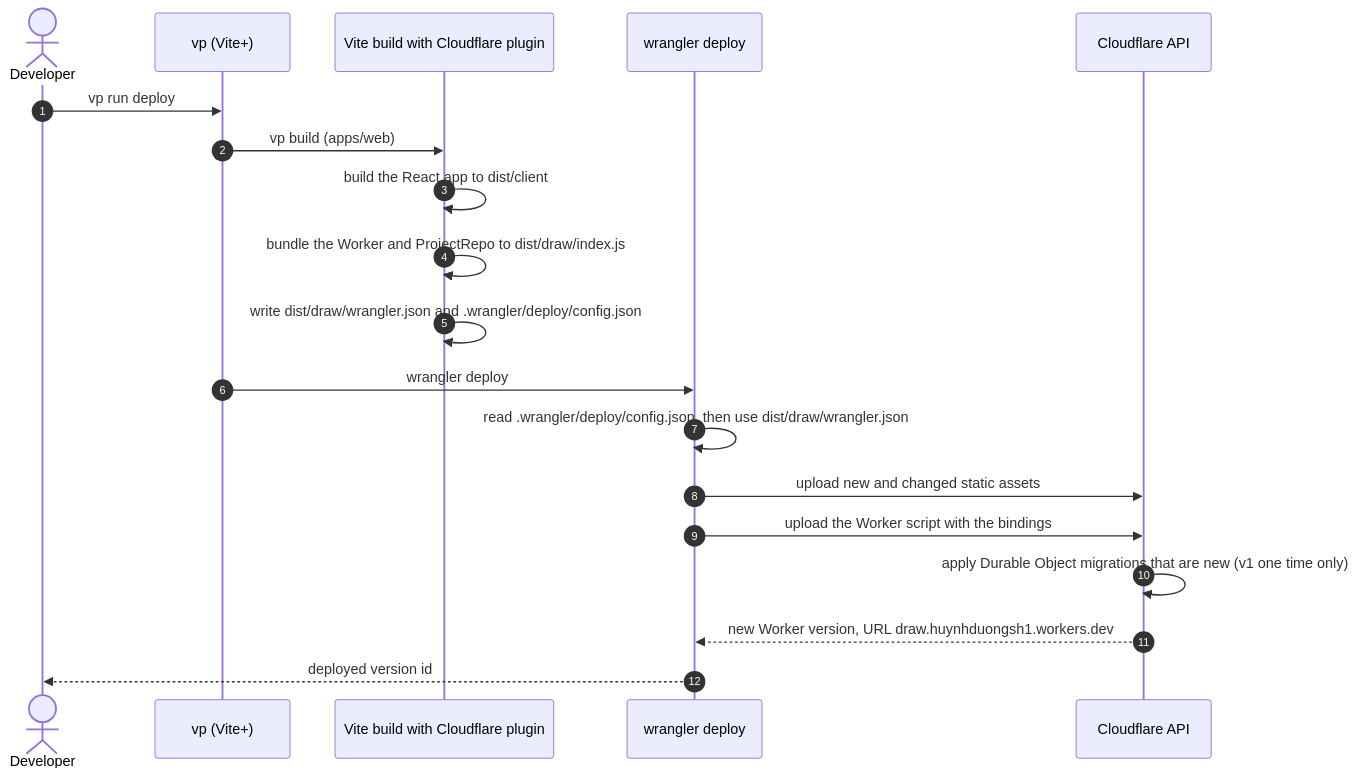
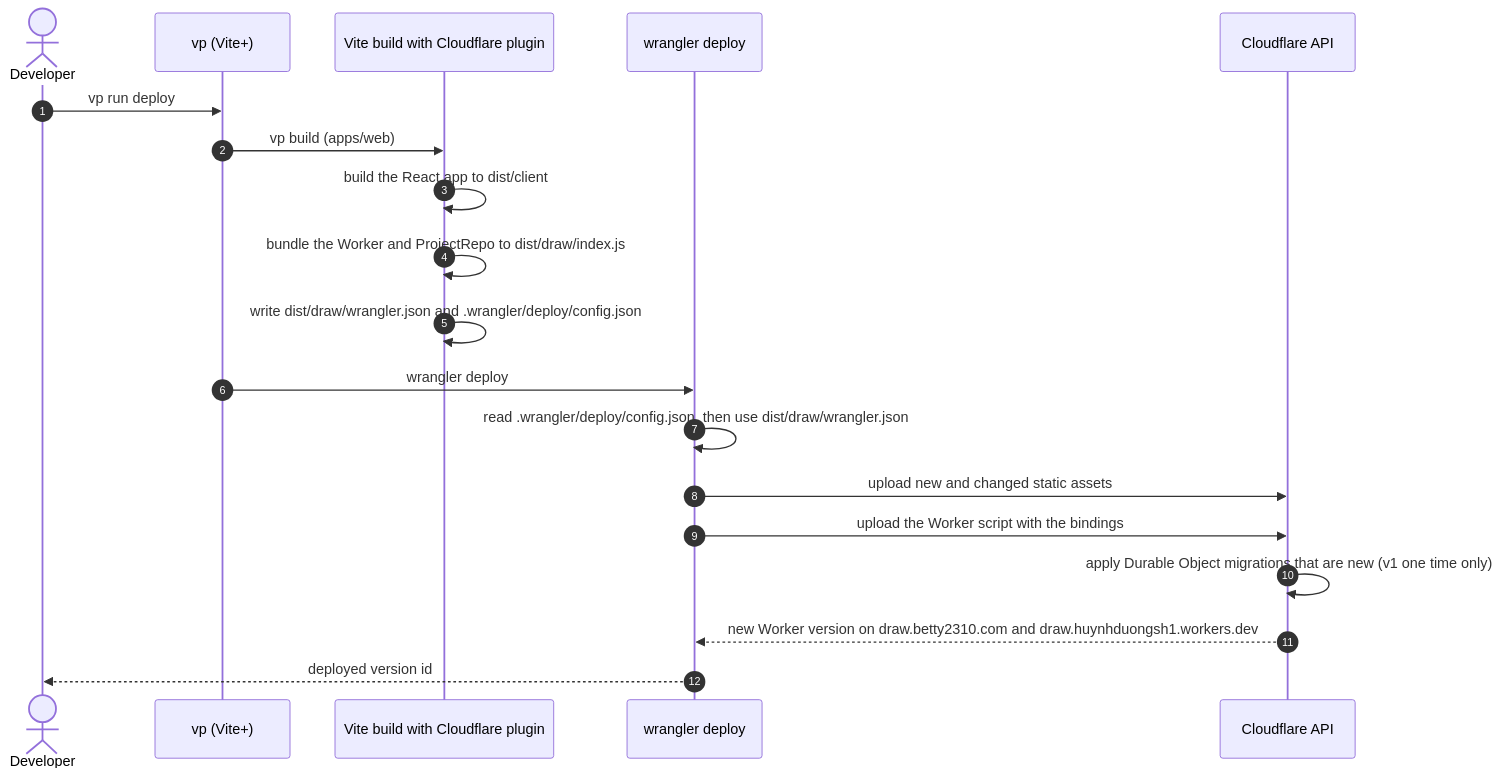
Before and after one commit to betty2310/draw: the second of 2 diagrams in docs/deploy.md, drawn with Mermaid. The commit also changed other lines of this file and 1 other file, not shown here.

First line of the commit message:
Use draw.betty2310.com as the app URL in the docs

````diff
--- a/docs/deploy.md
+++ b/docs/deploy.md
@@ -123,22 +124,22 @@
 ```mermaid
 sequenceDiagram
   autonumber
   actor Dev as Developer
   participant VP as vp (Vite+)
   participant Vite as Vite build with Cloudflare plugin
   participant WR as wrangler deploy
   participant CF as Cloudflare API
 
   Dev->>VP: vp run deploy
   VP->>Vite: vp build (apps/web)
   Vite->>Vite: build the React app to dist/client
   Vite->>Vite: bundle the Worker and ProjectRepo to dist/draw/index.js
   Vite->>Vite: write dist/draw/wrangler.json and .wrangler/deploy/config.json
   VP->>WR: wrangler deploy
   WR->>WR: read .wrangler/deploy/config.json, then use dist/draw/wrangler.json
   WR->>CF: upload new and changed static assets
   WR->>CF: upload the Worker script with the bindings
   CF->>CF: apply Durable Object migrations that are new (v1 one time only)
-  CF-->>WR: new Worker version, URL draw.huynhduongsh1.workers.dev
+  CF-->>WR: new Worker version on draw.betty2310.com and draw.huynhduongsh1.workers.dev
   WR-->>Dev: deployed version id
 ```
````
